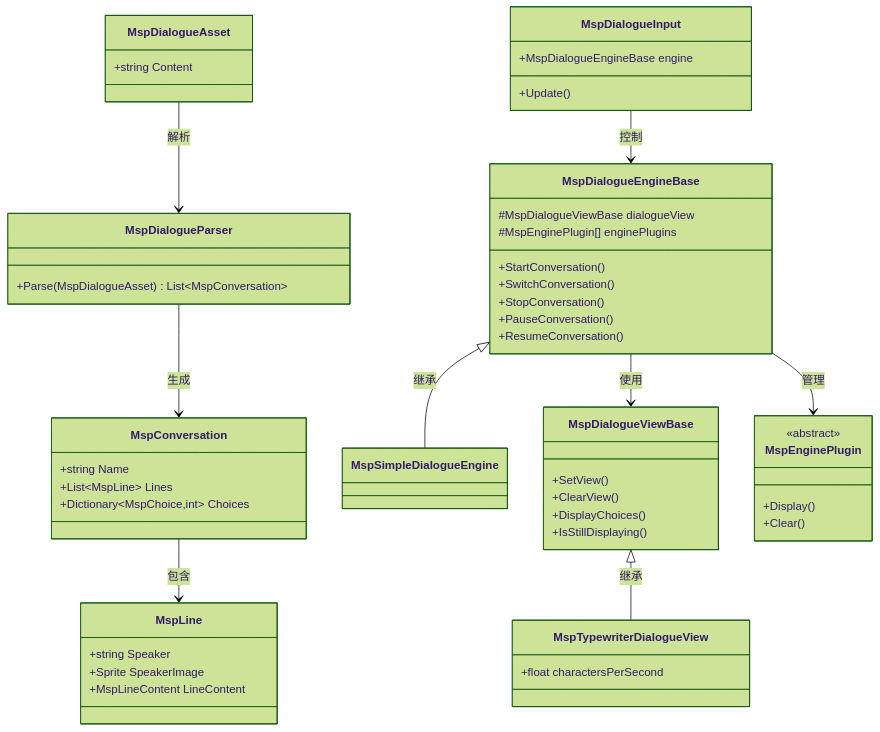
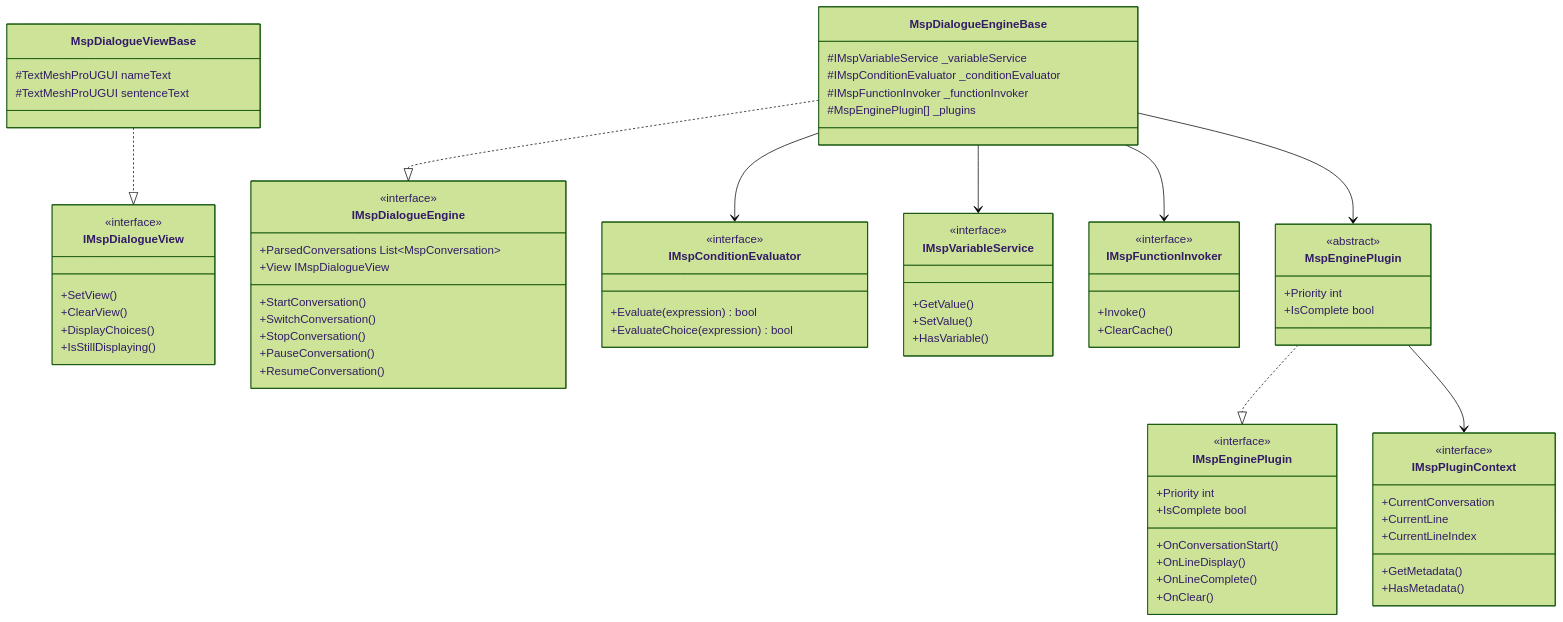
One commit to Furry-Monster/MSpeaker changed the third of 5 diagrams in Structure-Mermaid.md. Above: the diagram before and after it, drawn with Mermaid (forest theme). The commit also changed other lines of this file and 30 other files, not shown here.

Commit message:
feat: introduce interfaces for dialogue engine, view, and plugin management, enhancing modularity and extensibility of the dialogue system

````diff
--- a/Structure-Mermaid.md
+++ b/Structure-Mermaid.md
@@ -96,28 +117,9 @@
 ```mermaid
 classDiagram
-    class MspDialogueAsset {
-        +string Content
-    }
-
-    class MspDialogueParser {
-        +Parse(MspDialogueAsset) List~MspConversation~
-    }
-
-    class MspConversation {
-        +string Name
-        +List~MspLine~ Lines
-        +Dictionary~MspChoice,int~ Choices
-    }
-
-    class MspLine {
-        +string Speaker
-        +Sprite SpeakerImage
-        +MspLineContent LineContent
-    }
-
-    class MspDialogueEngineBase {
-        #MspDialogueViewBase dialogueView
-        #MspEnginePlugin[] enginePlugins
+    class IMspDialogueEngine {
+        <<interface>>
+        +ParsedConversations List~MspConversation~
+        +View IMspDialogueView
         +StartConversation()
         +SwitchConversation()
         +StopConversation()
@@ -125,37 +127,76 @@
         +ResumeConversation()
     }
 
-    class MspSimpleDialogueEngine {
-    }
-
-    class MspDialogueViewBase {
+    class IMspDialogueView {
+        <<interface>>
         +SetView()
         +ClearView()
         +DisplayChoices()
         +IsStillDisplaying()
     }
 
-    class MspTypewriterDialogueView {
-        +float charactersPerSecond
+    class IMspEnginePlugin {
+        <<interface>>
+        +Priority int
+        +IsComplete bool
+        +OnConversationStart()
+        +OnLineDisplay()
+        +OnLineComplete()
+        +OnClear()
+    }
+
+    class IMspPluginContext {
+        <<interface>>
+        +CurrentConversation
+        +CurrentLine
+        +CurrentLineIndex
+        +GetMetadata()
+        +HasMetadata()
+    }
+
+    class IMspConditionEvaluator {
+        <<interface>>
+        +Evaluate(expression) bool
+        +EvaluateChoice(expression) bool
+    }
+
+    class IMspVariableService {
+        <<interface>>
+        +GetValue()
+        +SetValue()
+        +HasVariable()
+    }
+
+    class IMspFunctionInvoker {
+        <<interface>>
+        +Invoke()
+        +ClearCache()
+    }
+
+    class MspDialogueEngineBase {
+        #IMspVariableService _variableService
+        #IMspConditionEvaluator _conditionEvaluator
+        #IMspFunctionInvoker _functionInvoker
+        #MspEnginePlugin[] _plugins
+    }
+
+    class MspDialogueViewBase {
+        #TextMeshProUGUI nameText
+        #TextMeshProUGUI sentenceText
     }
 
     class MspEnginePlugin {
         <<abstract>>
-        +Display()
-        +Clear()
+        +Priority int
+        +IsComplete bool
     }
 
-    class MspDialogueInput {
-        +MspDialogueEngineBase engine
-        +Update()
-    }
-
-    MspDialogueAsset --> MspDialogueParser : 解析
-    MspDialogueParser --> MspConversation : 生成
-    MspConversation --> MspLine : 包含
-    MspDialogueEngineBase <|-- MspSimpleDialogueEngine : 继承
-    MspDialogueEngineBase --> MspDialogueViewBase : 使用
-    MspDialogueViewBase <|-- MspTypewriterDialogueView : 继承
-    MspDialogueEngineBase --> MspEnginePlugin : 管理
-    MspDialogueInput --> MspDialogueEngineBase : 控制
+    MspDialogueEngineBase ..|> IMspDialogueEngine
+    MspDialogueViewBase ..|> IMspDialogueView
+    MspEnginePlugin ..|> IMspEnginePlugin
+    MspDialogueEngineBase --> IMspConditionEvaluator
+    MspDialogueEngineBase --> IMspVariableService
+    MspDialogueEngineBase --> IMspFunctionInvoker
+    MspDialogueEngineBase --> MspEnginePlugin
+    MspEnginePlugin --> IMspPluginContext
 ```
````
